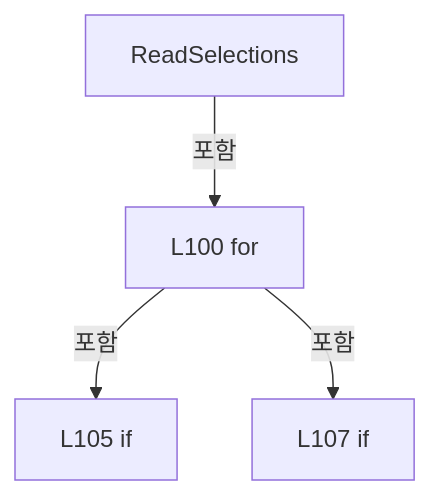
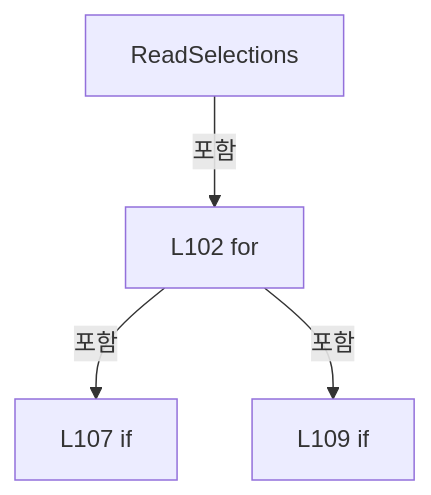
The fifth of 9 diagrams in A3 LD Code Ref/files/Drilling.Common/Review/CZeroDefenceRecipePlan.cs.md (kjuws10-rgb/Shared), drawn with Mermaid before and after one commit. The commit also changed other lines of this file and 2071 other files, not shown here.

Commit message:
docs(a3): update 11.19.0 architecture and code reference

````diff
--- a/A3 LD Code Ref/files/Drilling.Common/Review/CZeroDefenceRecipePlan.cs.md
+++ b/A3 LD Code Ref/files/Drilling.Common/Review/CZeroDefenceRecipePlan.cs.md
@@ -913,10 +926,10 @@
 ```mermaid
 flowchart TD
  M["ReadSelections"]
- N0["L100 for"]
+ N0["L102 for"]
  M -->|포함| N0
- N1["L105 if"]
+ N1["L107 if"]
  N0 -->|포함| N1
- N2["L107 if"]
+ N2["L109 if"]
  N0 -->|포함| N2
 ```
````
